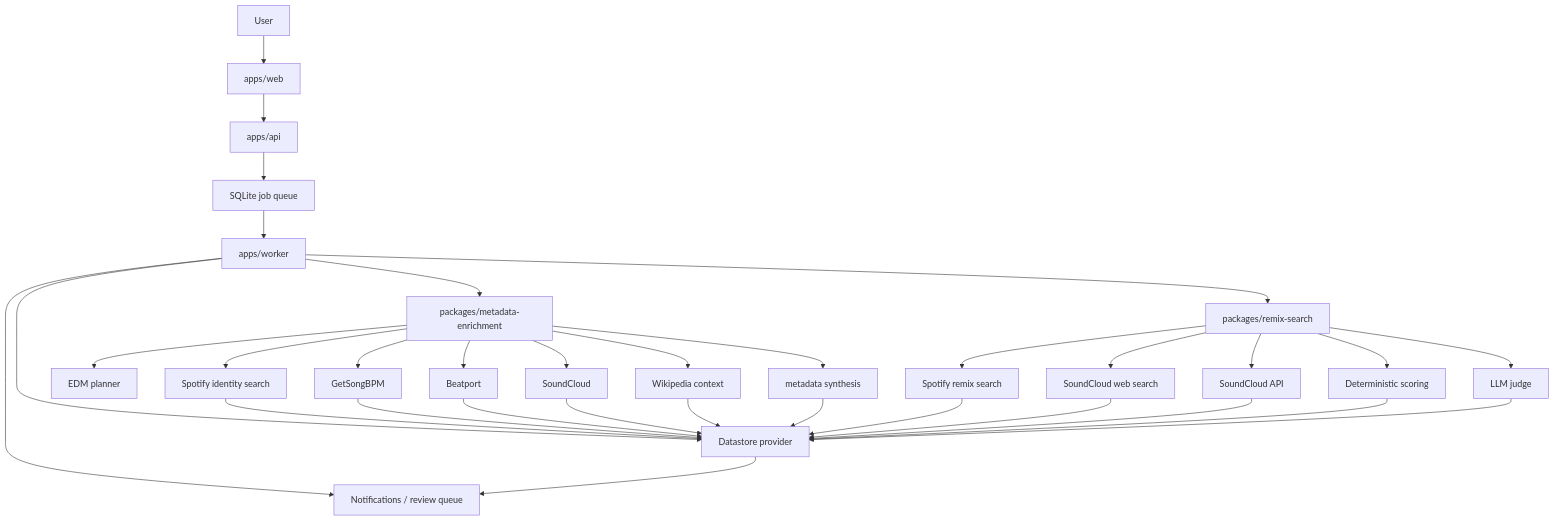
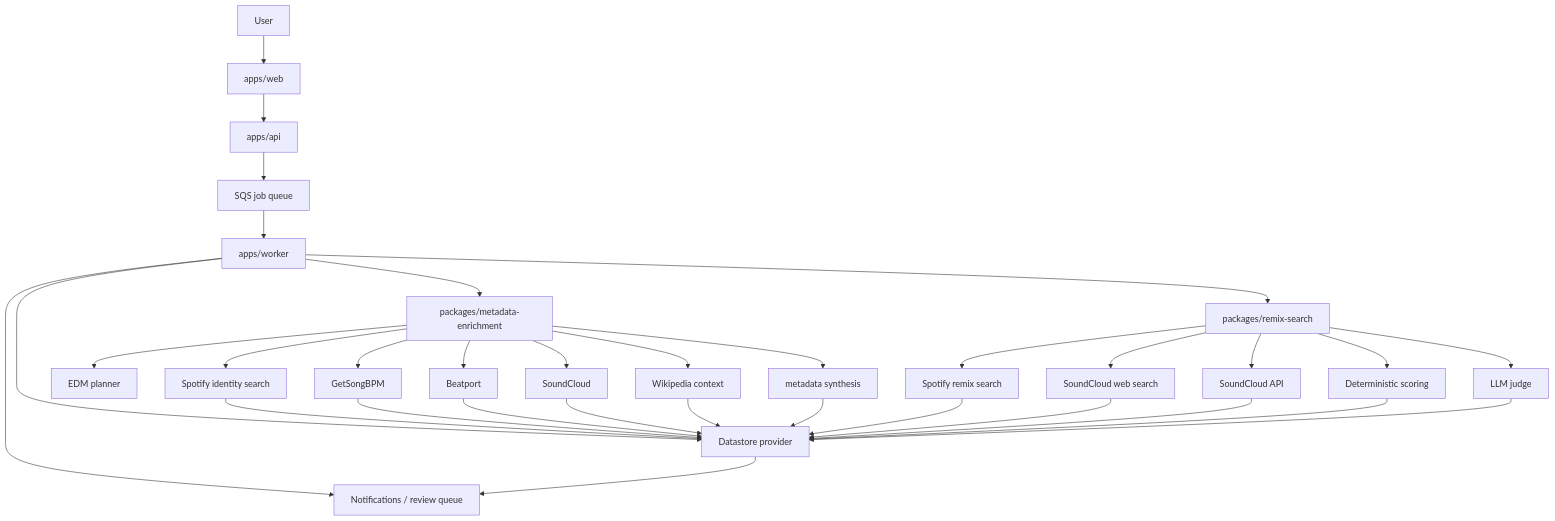
One commit to itaisinai/track-lab changed the diagram in docs/system-architecture.md. Above: the diagram before and after it, drawn with Mermaid. The commit also changed other lines of this file and 30 other files, not shown here.

````diff
--- a/docs/system-architecture.md
+++ b/docs/system-architecture.md
@@ -5,41 +5,41 @@
 ```mermaid
 flowchart TD
   U[User] --> W[apps/web]
   W --> A[apps/api]
-  A --> Q[SQLite job queue]
+  A --> Q[SQS job queue]
   Q --> R[apps/worker]
   R --> D[Datastore provider]
 
   R --> P1[packages/metadata-enrichment]
   R --> P2[packages/remix-search]
 
   P1 --> S1[Spotify identity search]
   P1 --> S2[GetSongBPM]
   P1 --> S3[EDM planner]
   P1 --> S4[Beatport]
   P1 --> S5[SoundCloud]
   P1 --> S6[Wikipedia context]
   P1 --> S7[metadata synthesis]
 
   P2 --> T1[Spotify remix search]
   P2 --> T2[SoundCloud web search]
   P2 --> T3[SoundCloud API]
   P2 --> T4[Deterministic scoring]
   P2 --> T5[LLM judge]
 
   R --> N[Notifications / review queue]
   D --> N
 
   S1 --> D
   S2 --> D
   S4 --> D
   S5 --> D
   S6 --> D
   S7 --> D
 
   T1 --> D
   T2 --> D
   T3 --> D
   T4 --> D
   T5 --> D
 ```
````
